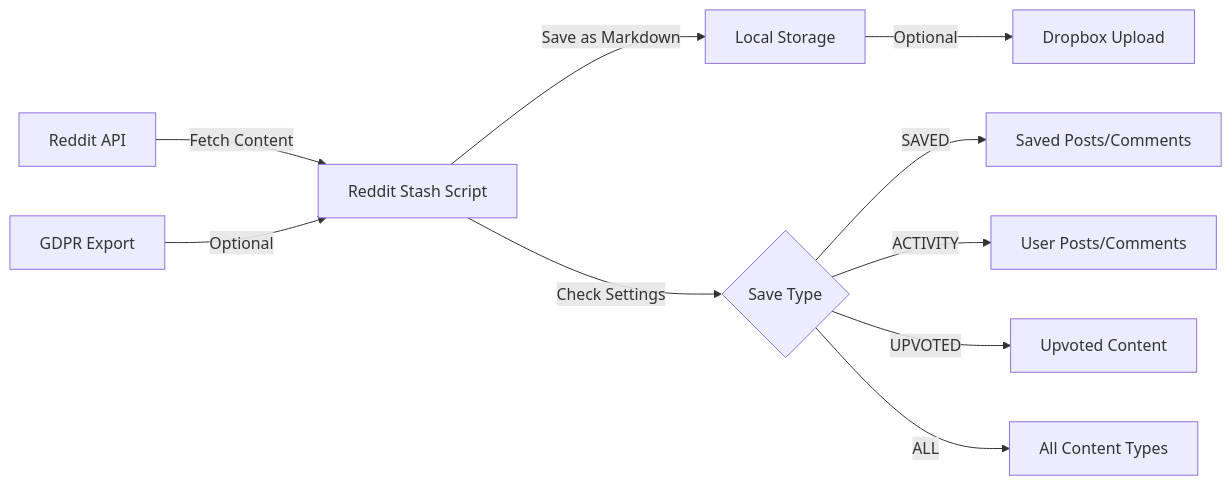
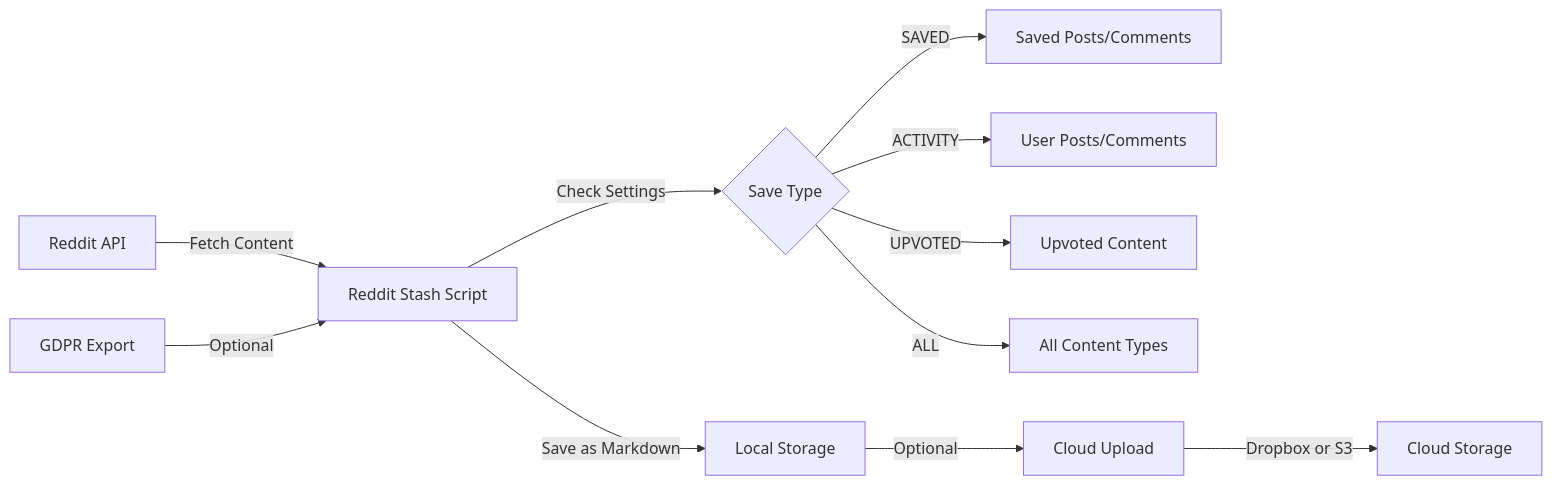
The diagram in README.md (rhnfzl/reddit-stash), drawn with Mermaid before and after one commit. The commit also changed other lines of this file and 15 other files, not shown here.

First line of the commit message:
feat: Add AWS S3 as alternative cloud storage backend

````diff
--- a/README.md
+++ b/README.md
@@ -102,12 +106,13 @@
 ```mermaid
 graph LR
     A[Reddit API] -->|Fetch Content| B[Reddit Stash Script]
     B -->|Save as Markdown| C[Local Storage]
     B -->|Check Settings| D{Save Type}
     D -->|SAVED| E[Saved Posts/Comments]
     D -->|ACTIVITY| F[User Posts/Comments]
     D -->|UPVOTED| G[Upvoted Content]
     D -->|ALL| H[All Content Types]
-    C -->|Optional| I[Dropbox Upload]
+    C -->|Optional| I[Cloud Upload]
+    I -->|Dropbox or S3| K[Cloud Storage]
     J[GDPR Export] -->|Optional| B
 ```
````
